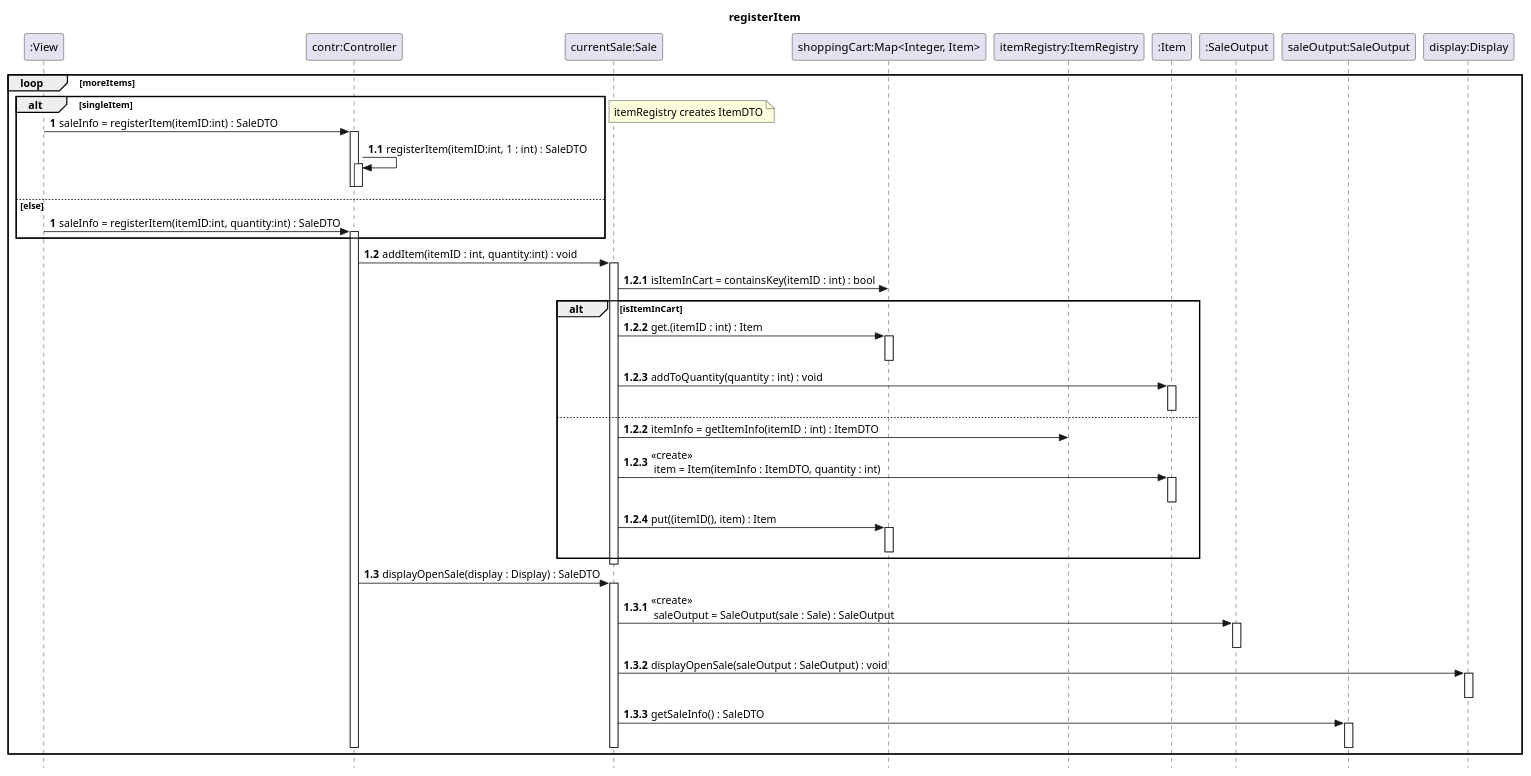
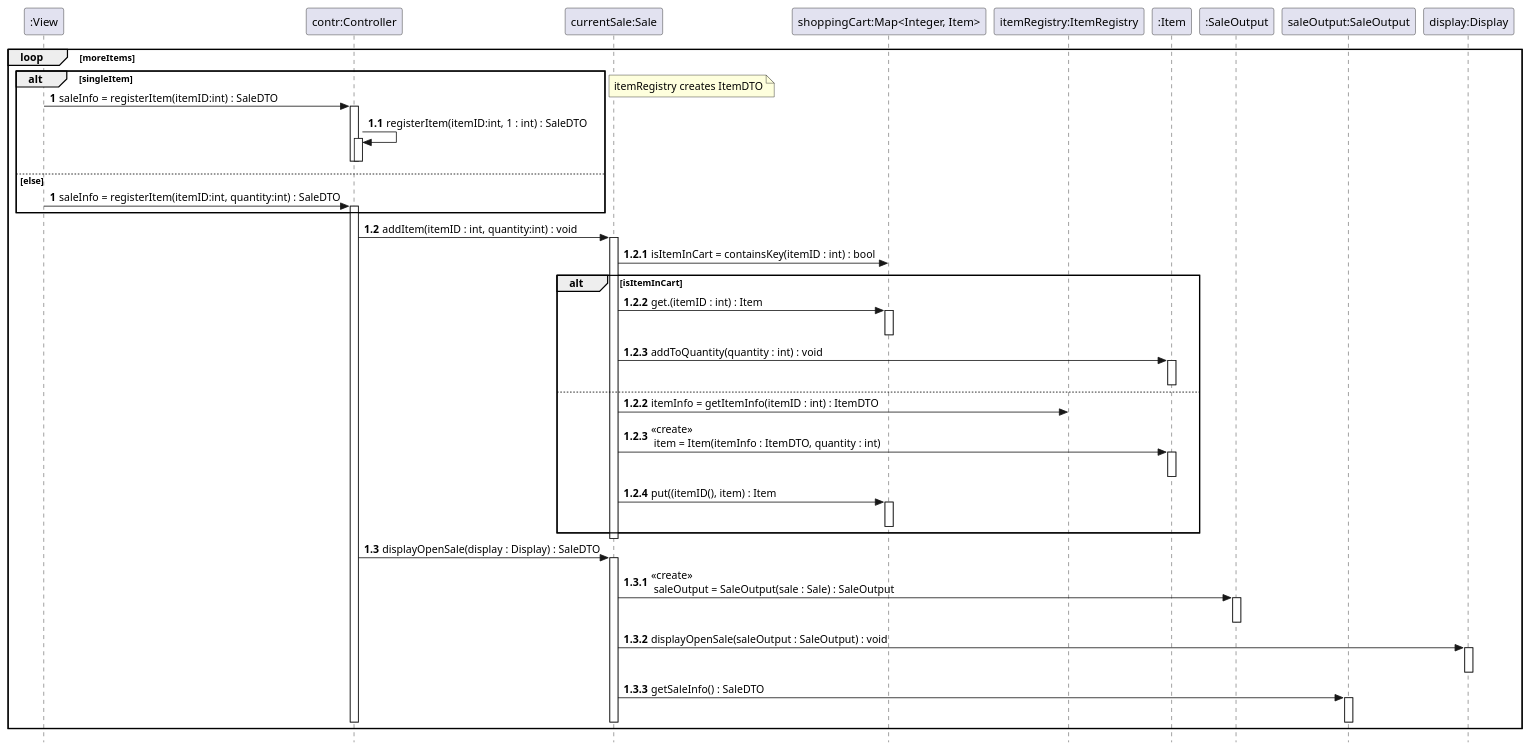
The fifth of 8 diagrams in uml/uml_v3.puml (blomquiste/kth-iv1350-POS), drawn with PlantUML before and after one commit. The commit also changed other lines of this file and 7 other files, not shown here.

```diff
--- a/uml/uml_v3.puml
+++ b/uml/uml_v3.puml
@@ -353,101 +353,101 @@
 @startuml
 skinparam style strictuml
 
-title registerItem
+'title registerItem
 'REGISTERITEM
 hide unlinked
 participant ":View" as View
 participant "contr:Controller" as contr
 participant "currentSale:Sale" as currentSale
 participant "shoppingCart:Map<Integer, Item>" as shoppingCart
 participant "itemRegistry:ItemRegistry" as itemRegistry
 participant ":Item" as Item
 participant ":SaleOutput" as SaleOutput
 participant "saleOutput:SaleOutput" as saleOutput
 participant "display:Display" as display
 
 loop moreItems
 '[validIdentifier]
     alt singleItem
         autonumber 1
         View -> contr : saleInfo = registerItem(itemID:int) : SaleDTO
         activate contr
         autonumber 1.1
         contr -> contr : registerItem(itemID:int, 1 : int) : SaleDTO
         activate contr
         deactivate contr
         deactivate contr
 
 '        autonumber 1.1
 ''        contr -> inventorySystem : itemInfo = registerItem(itemID:int):ItemDTO
 '        contr -> itemRegistry : itemInfo = getItemInfo(itemID:int):ItemDTO
 '        activate itemRegistry
 '        alt invalidItem
 '        autonumber 1.1.1
 '        contr <-- itemRegistry : itemNotFound(itemID:int)
 '        deactivate itemRegistry
 '        autonumber 1.2
 '        View <-- contr : itemNotFound(itemID:int)
 
    else else
         autonumber 1
         View -> contr : saleInfo = registerItem(itemID:int, quantity:int) : SaleDTO
         activate contr
    end
         deactivate itemRegistry
         note right: itemRegistry creates ItemDTO
 
         autonumber 1.2
         contr -> currentSale : addItem(itemID : int, quantity:int) : void
         activate currentSale
         autonumber 1.2.1
         currentSale -> shoppingCart : isItemInCart = containsKey(itemID : int) : bool
         alt isItemInCart
             autonumber 1.2.2
             currentSale -> shoppingCart : get.(itemID : int) : Item
             activate shoppingCart
             deactivate shoppingCart
             autonumber 1.2.3
             currentSale -> Item : addToQuantity(quantity : int) : void
             activate Item
             deactivate Item
         else
             autonumber 1.2.2
             currentSale -> itemRegistry : itemInfo = getItemInfo(itemID : int) : ItemDTO
             autonumber 1.2.3
             currentSale -> Item : <<create>> \n item = Item(itemInfo : ItemDTO, quantity : int)
             activate Item
             deactivate Item
             autonumber 1.2.4
             currentSale -> shoppingCart : put((itemID(), item) : Item
             activate shoppingCart
             deactivate shoppingCart
         end
         deactivate currentSale
         autonumber 1.3
         contr -> currentSale : displayOpenSale(display : Display) : SaleDTO
         activate currentSale
         autonumber 1.3.1
         currentSale -> SaleOutput : <<create>> \n saleOutput = SaleOutput(sale : Sale) : SaleOutput
         activate SaleOutput
         deactivate SaleOutput
         autonumber 1.3.2
         currentSale -> display : displayOpenSale(saleOutput : SaleOutput) : void
         activate display
 '        display -> saleOutput : createOpenSaleString() : String
 '        activate saleOutput
 '        deactivate saleOutput
         deactivate display
         autonumber 1.3.3
         currentSale -> saleOutput : getSaleInfo() : SaleDTO
         activate saleOutput
         deactivate saleOutput
         deactivate currentSale
 
         deactivate contr
 
         deactivate contr
 end
 
 autonumber stop
 @enduml
```
